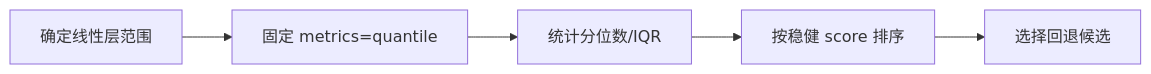
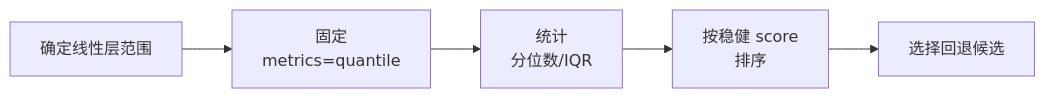
One commit to mindstudio-docs/master changed the diagram in msmodelslim/docs/zh/knowledge_base/quantization_algorithms/quantile/usage_quantile.md. Above: the diagram before and after it, drawn with Mermaid. The commit also changed other lines of this file and 235 other files, not shown here.

````diff
--- a/msmodelslim/docs/zh/knowledge_base/quantization_algorithms/quantile/usage_quantile.md
+++ b/msmodelslim/docs/zh/knowledge_base/quantization_algorithms/quantile/usage_quantile.md
@@ -23,7 +27,7 @@
 ```mermaid
 flowchart LR
-    A[确定线性层范围] --> B[固定 metrics=quantile]
-    B[固定 metrics=quantile] --> C[统计分位数/IQR]
-    C[统计分位数/IQR] --> D[按稳健 score 排序]
-    D[按稳健 score 排序] --> E[选择回退候选]
+    A[确定线性层范围] --> B[固定<br/>metrics=quantile]
+    B --> C[统计<br/>分位数/IQR]
+    C --> D[按稳健 score<br/>排序]
+    D --> E[选择回退候选]
 ```
````
